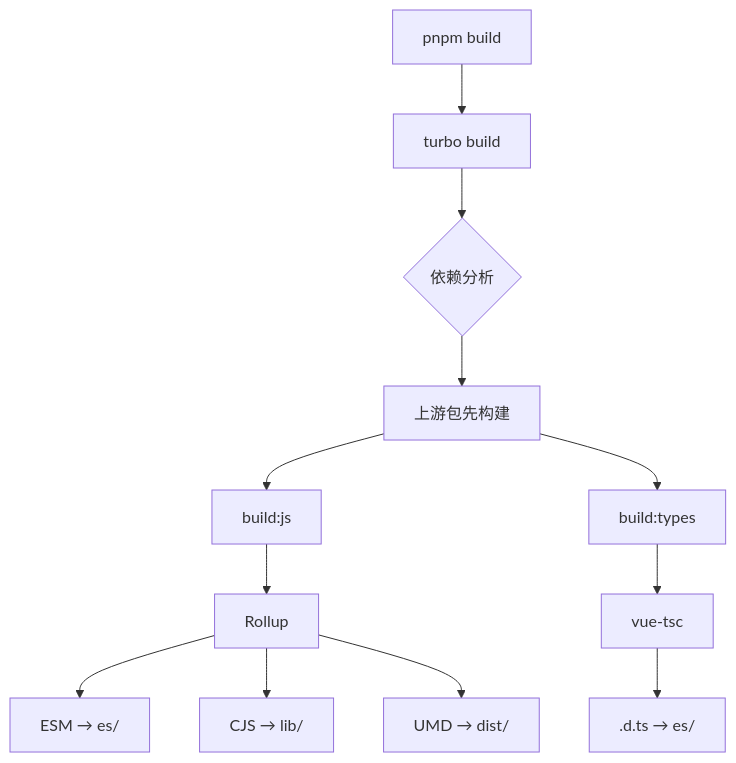
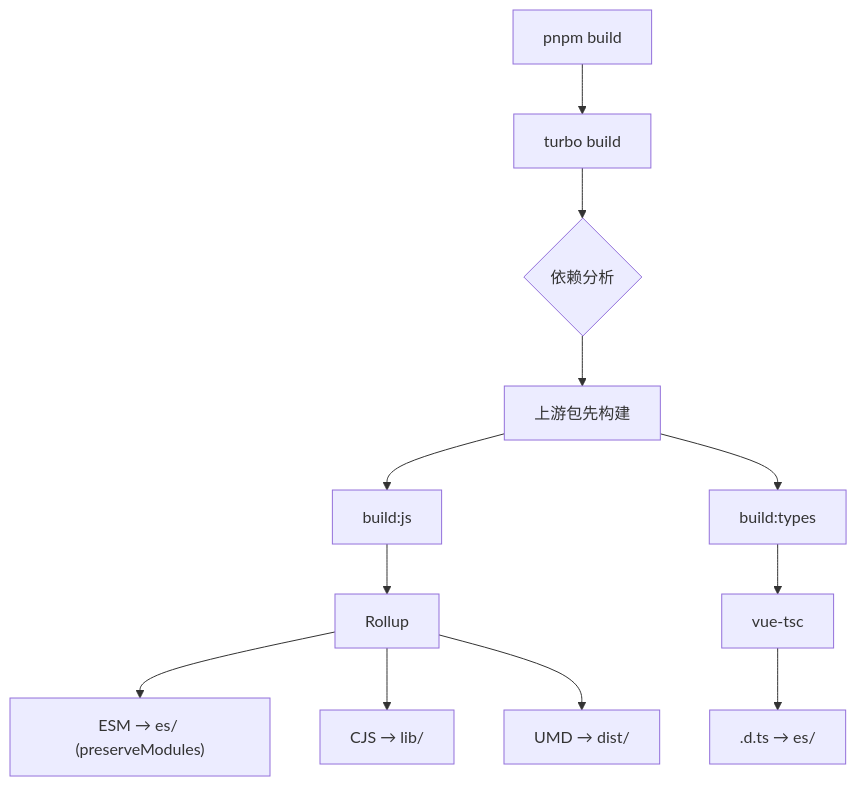
Before and after one commit to sunweijieMJ/aix: diagram 11 of 17 in docs/guide/architecture.md, drawn with Mermaid. The commit also changed other lines of this file and 39 other files, not shown here.

````diff
--- a/docs/guide/architecture.md
+++ b/docs/guide/architecture.md
@@ -432,16 +527,16 @@
 ```mermaid
 flowchart TD
     A[pnpm build] --> B[turbo build]
     B --> C{依赖分析}
     C --> D[上游包先构建]
 
     D --> E[build:js]
     E --> F[Rollup]
-    F --> G[ESM → es/]
+    F --> G["ESM → es/ (preserveModules)"]
     F --> H[CJS → lib/]
     F --> I[UMD → dist/]
 
     D --> J[build:types]
     J --> K[vue-tsc]
     K --> L[.d.ts → es/]
 ```
````
